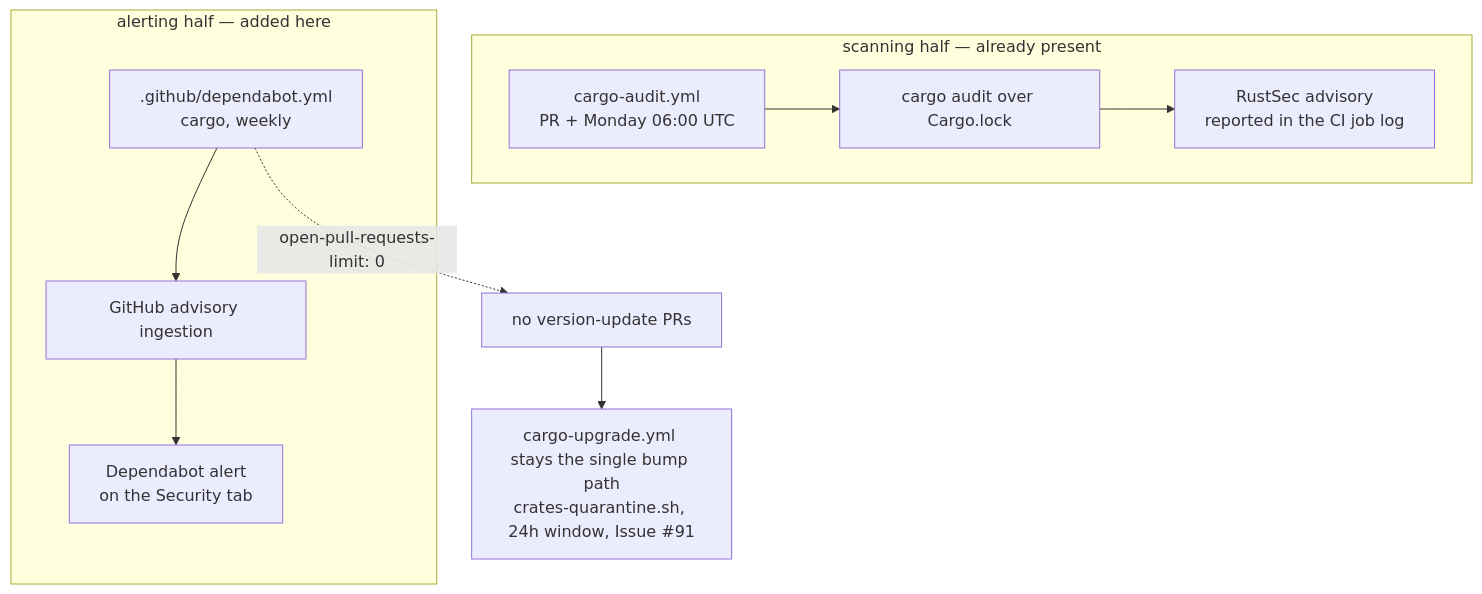
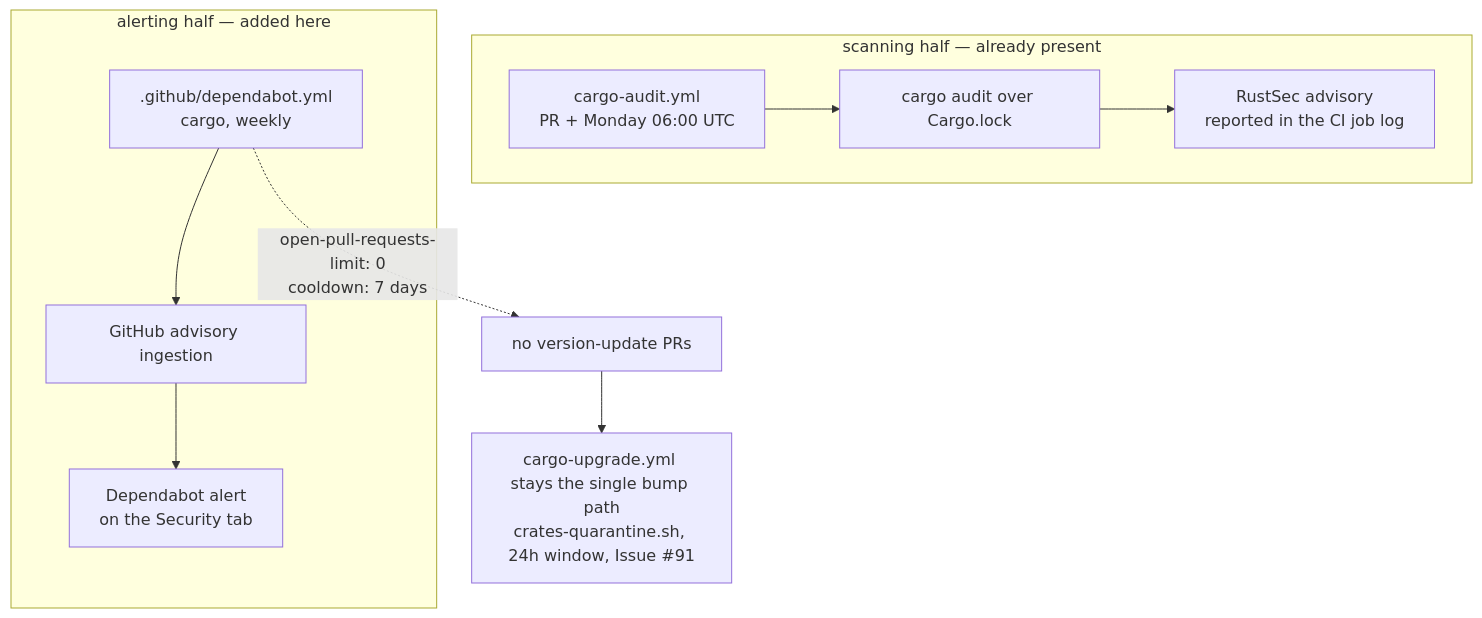
The diagram in docs/archive/pr-summaries/pr-summary-93.md (stSoftwareAU/NEAT-AI-Rebase), drawn with Mermaid before and after one commit. The commit also changed other lines of this file and 3 other files, not shown here.

````diff
--- a/docs/archive/pr-summaries/pr-summary-93.md
+++ b/docs/archive/pr-summaries/pr-summary-93.md
@@ -35,13 +38,13 @@
 ```mermaid
 flowchart TD
     subgraph scanning["scanning half — already present"]
         A[cargo-audit.yml<br/>PR + Monday 06:00 UTC] --> B[cargo audit over Cargo.lock]
         B --> C[RustSec advisory<br/>reported in the CI job log]
     end
     subgraph alerting["alerting half — added here"]
         D[.github/dependabot.yml<br/>cargo, weekly] --> E[GitHub advisory ingestion]
         E --> F[Dependabot alert<br/>on the Security tab]
     end
-    D -. "open-pull-requests-limit: 0" .-> G[no version-update PRs]
+    D -. "open-pull-requests-limit: 0<br/>cooldown: 7 days" .-> G[no version-update PRs]
     G --> H[cargo-upgrade.yml stays the single bump path<br/>crates-quarantine.sh, 24h window, Issue #91]
 ```
````
